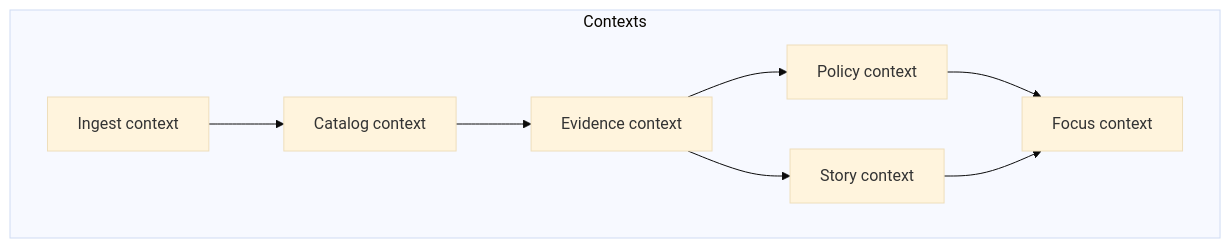
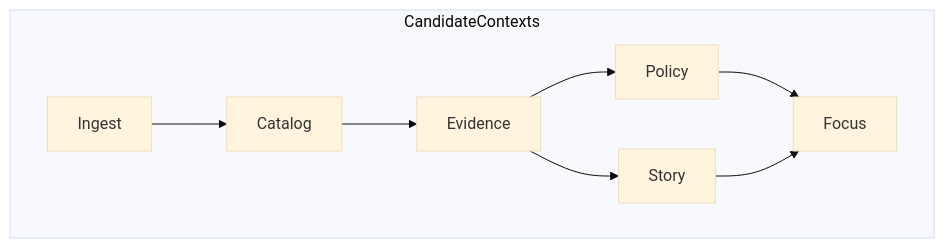
Before and after one commit to bartytime4life/Kansas-Frontier-Matrix: the second of 2 diagrams in docs/domains/README.md, drawn with Mermaid (base theme). The commit also changed other lines of this file, not shown here.

````diff
--- a/docs/domains/README.md
+++ b/docs/domains/README.md
@@ -109,18 +174,18 @@
 ```mermaid
 flowchart TB
-  subgraph Contexts
-    Ingest[Ingest context]
-    Catalog[Catalog context]
-    Evidence[Evidence context]
-    Policy[Policy context]
-    Story[Story context]
-    Focus[Focus context]
+  subgraph CandidateContexts
+    Ingest[Ingest]
+    Catalog[Catalog]
+    Evidence[Evidence]
+    Policy[Policy]
+    Story[Story]
+    Focus[Focus]
   end
 
   Ingest --> Catalog
   Catalog --> Evidence
   Evidence --> Policy
   Policy --> Focus
   Evidence --> Story
   Story --> Focus
 ```
````
